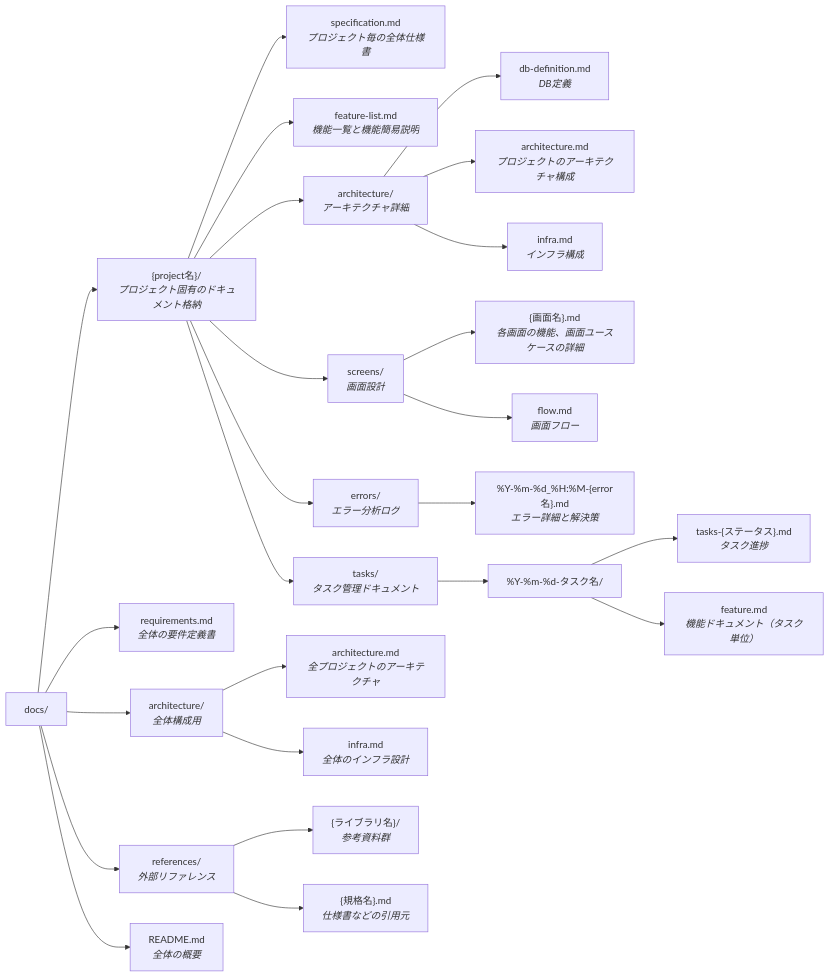
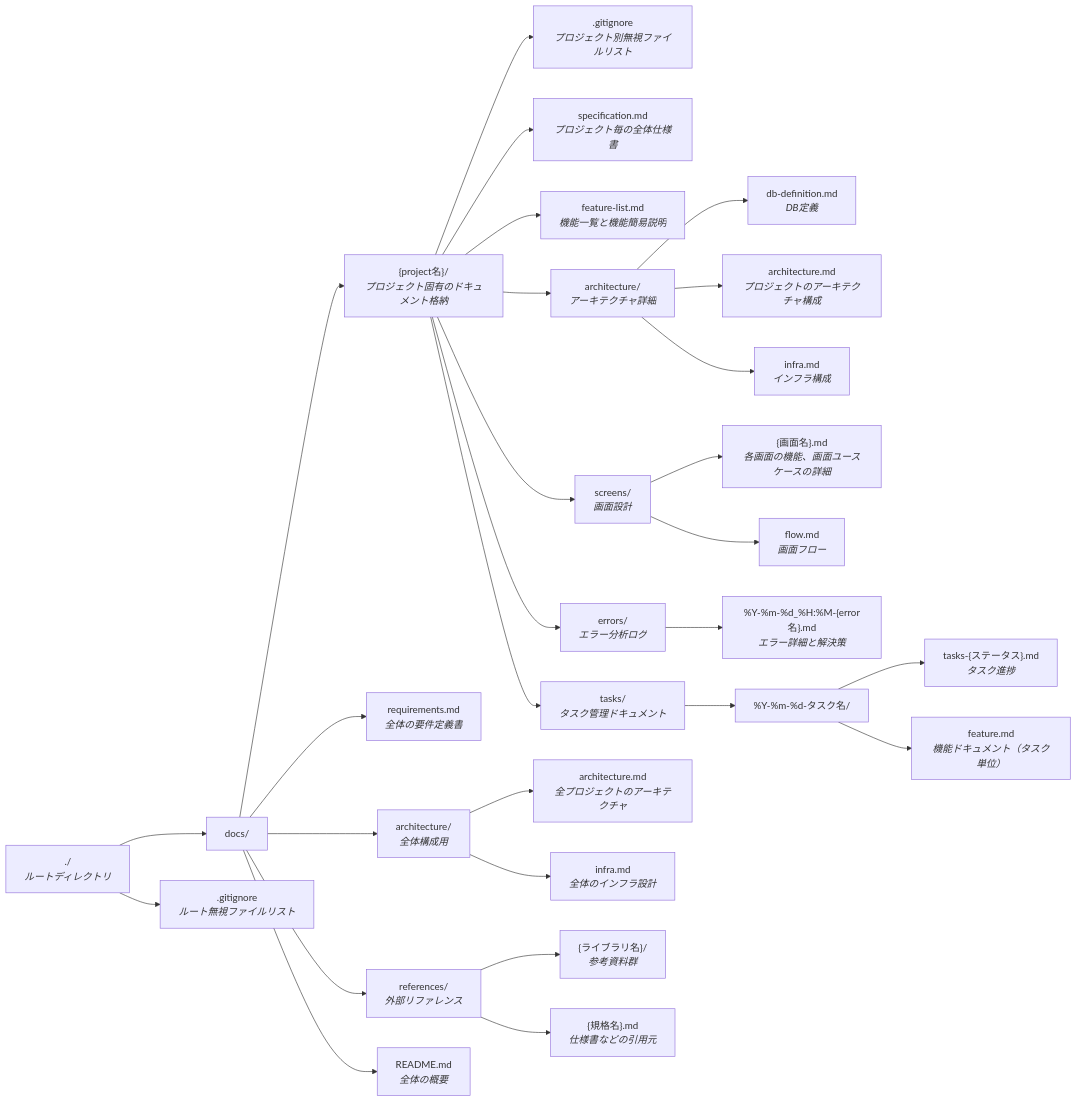
One commit to asamuzak09/roo-code-rules changed the diagram in .roo/rules-initial-design/02-document-list.md. Above: the diagram before and after it, drawn with Mermaid. The commit also changed other lines of this file and 24 other files, not shown here.

````diff
--- a/.roo/rules-initial-design/02-document-list.md
+++ b/.roo/rules-initial-design/02-document-list.md
@@ -11,37 +11,42 @@
 ```mermaid
 graph LR
   docs_dir["docs/"]
+  root_dir["./<br><i>ルートディレクトリ</i>"]
+
+  root_dir --> file_gitignore_root[".gitignore<br><i>ルート無視ファイルリスト</i>"]
+  root_dir --> docs_dir
+  project_dir --> file_gitignore_project[".gitignore<br><i>プロジェクト別無視ファイルリスト</i>"]
 
   docs_dir --> project_dir["{project名}/<br><i>プロジェクト固有のドキュメント格納</i>"]
   project_dir --> file_specification["specification.md<br><i>プロジェクト毎の全体仕様書</i>"]
   project_dir --> file_feature_list["feature-list.md<br><i>機能一覧と機能簡易説明</i>"]
 
   project_dir --> architecture_dir["architecture/<br><i>アーキテクチャ詳細</i>"]
   architecture_dir --> file_db_def["db-definition.md<br><i>DB定義</i>"]
   architecture_dir --> file_arch_detail["architecture.md<br><i>プロジェクトのアーキテクチャ構成</i>"]
   architecture_dir --> file_infra["infra.md<br><i>インフラ構成</i>"]
 
   project_dir --> screens_dir["screens/<br><i>画面設計</i>"]
   screens_dir --> file_screen_md["{画面名}.md<br><i>各画面の機能、画面ユースケースの詳細</i>"]
   screens_dir --> file_flow["flow.md<br><i>画面フロー</i>"]
 
   project_dir --> errors_dir["errors/<br><i>エラー分析ログ</i>"]
   errors_dir --> file_error_md["%Y-%m-%d_%H:%M-{error名}.md<br><i>エラー詳細と解決策</i>"]
 
   project_dir --> tasks_dir["tasks/<br><i>タスク管理ドキュメント</i>"]
   tasks_dir --> task_entry_dir["%Y-%m-%d-タスク名/"]
   task_entry_dir --> file_task_md["tasks-{ステータス}.md<br><i>タスク進捗</i>"]
   task_entry_dir --> file_task_feature_md["feature.md<br><i>機能ドキュメント（タスク単位）</i>"]
 
   docs_dir --> file_requirements["requirements.md<br><i>全体の要件定義書</i>"]
 
   docs_dir --> arch_root_dir["architecture/<br><i>全体構成用</i>"]
   arch_root_dir --> file_arch_all["architecture.md<br><i>全プロジェクトのアーキテクチャ</i>"]
   arch_root_dir --> file_infra_all["infra.md<br><i>全体のインフラ設計</i>"]
 
   docs_dir --> references_dir["references/<br><i>外部リファレンス</i>"]
   references_dir --> framework_dir["{ライブラリ名}/<br><i>参考資料群</i>"]
   references_dir --> file_spec_ref["{規格名}.md<br><i>仕様書などの引用元</i>"]
 
   docs_dir --> file_readme["README.md<br><i>全体の概要</i>"]
 ```
````
